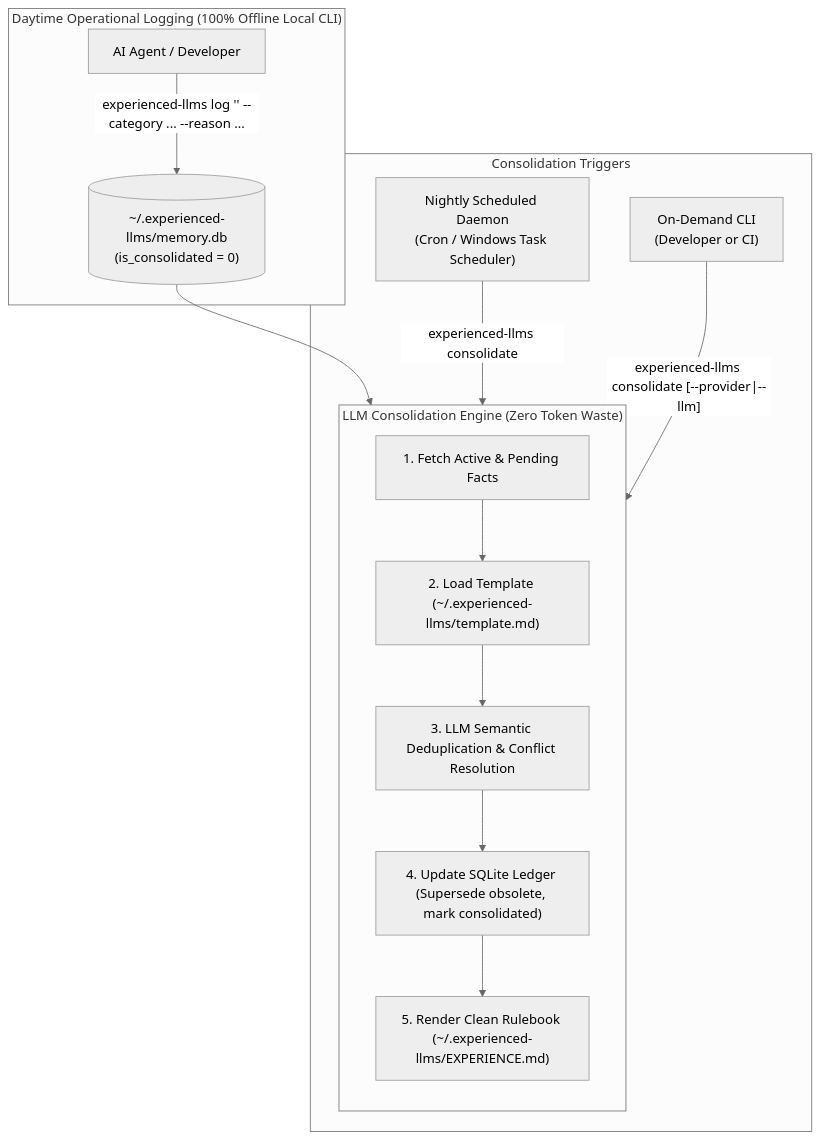
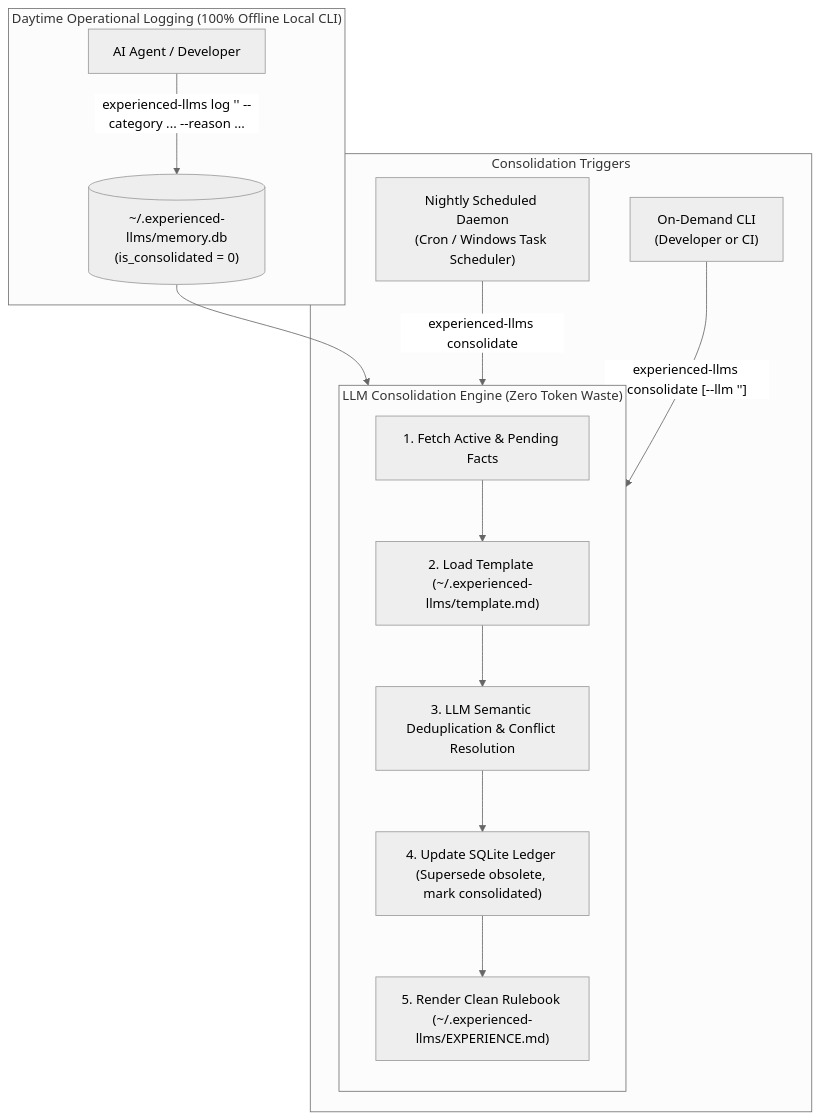
One commit to developer88/experienced-llms changed the diagram in docs/ARCHITECTURE.md. Above: the diagram before and after it, drawn with Mermaid (neutral theme). The commit also changed other lines of this file and 10 other files, not shown here.

Commit message:
refactor: simplify consolidation to external CLI LLM and remove cloud provider options

````diff
--- a/docs/ARCHITECTURE.md
+++ b/docs/ARCHITECTURE.md
@@ -9,20 +9,20 @@
 ```mermaid
 flowchart TD
     subgraph Daytime ["Daytime Operational Logging (100% Offline Local CLI)"]
         Agent["AI Agent / Developer"] -->|"experienced-llms log '<rule>' --category ... --reason ..."| DB[("~/.experienced-llms/memory.db<br/>(is_consolidated = 0)")]
     end
 
     subgraph Consolidation ["LLM Consolidation Engine (Zero Token Waste)"]
         direction TB
         DB --> ReadFacts["1. Fetch Active & Pending Facts"]
         ReadFacts --> LoadTemplate["2. Load Template (~/.experienced-llms/template.md)"]
         LoadTemplate --> Reason["3. LLM Semantic Deduplication & Conflict Resolution"]
         Reason --> Apply["4. Update SQLite Ledger (Supersede obsolete, mark consolidated)"]
         Apply --> OutputFile["5. Render Clean Rulebook (~/.experienced-llms/EXPERIENCE.md)"]
     end
 
     subgraph Triggers ["Consolidation Triggers"]
         Cron["Nightly Scheduled Daemon<br/>(Cron / Windows Task Scheduler)"] -->|"experienced-llms consolidate"| Consolidation
-        Manual["On-Demand CLI<br/>(Developer or CI)"] -->|"experienced-llms consolidate [--provider|--llm]"| Consolidation
+        Manual["On-Demand CLI<br/>(Developer or CI)"] -->|"experienced-llms consolidate [--llm '<cmd>']"| Consolidation
     end
 ```
````
